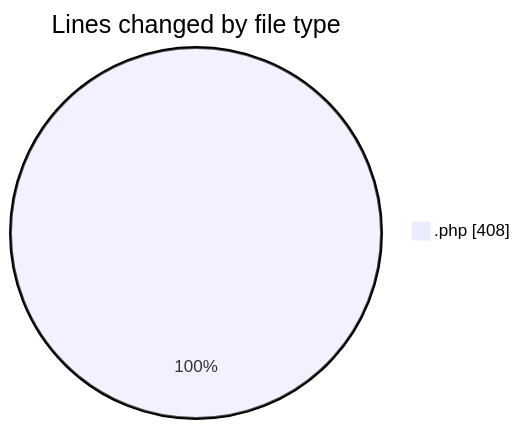
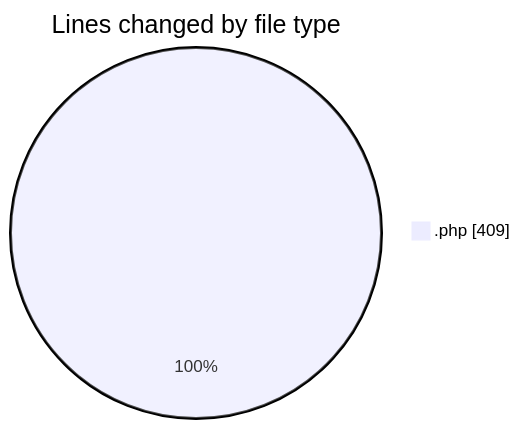
Before and after one commit to LanceThiago/code-tracking: the first of 2 diagrams in 2025-09-15/totem2/README.md, drawn with Mermaid. The commit also changed other lines of this file and 1 other file, not shown here.

````diff
--- a/2025-09-15/totem2/README.md
+++ b/2025-09-15/totem2/README.md
@@ -21,5 +21,5 @@
 ```mermaid
 pie showData
 title Lines changed by file type
-".php" : 408
+".php" : 409
 ```
````
